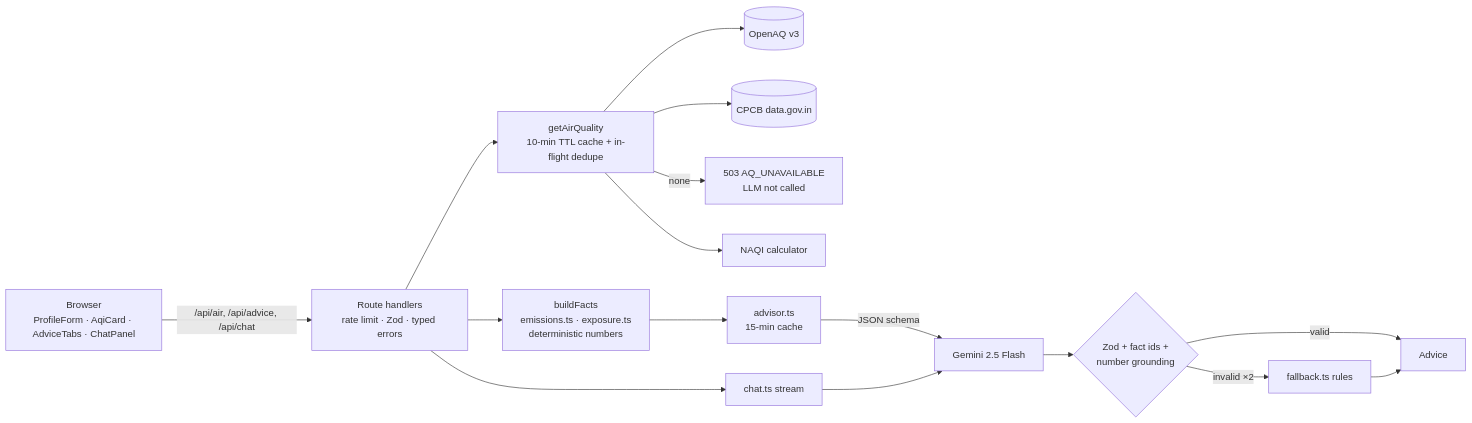
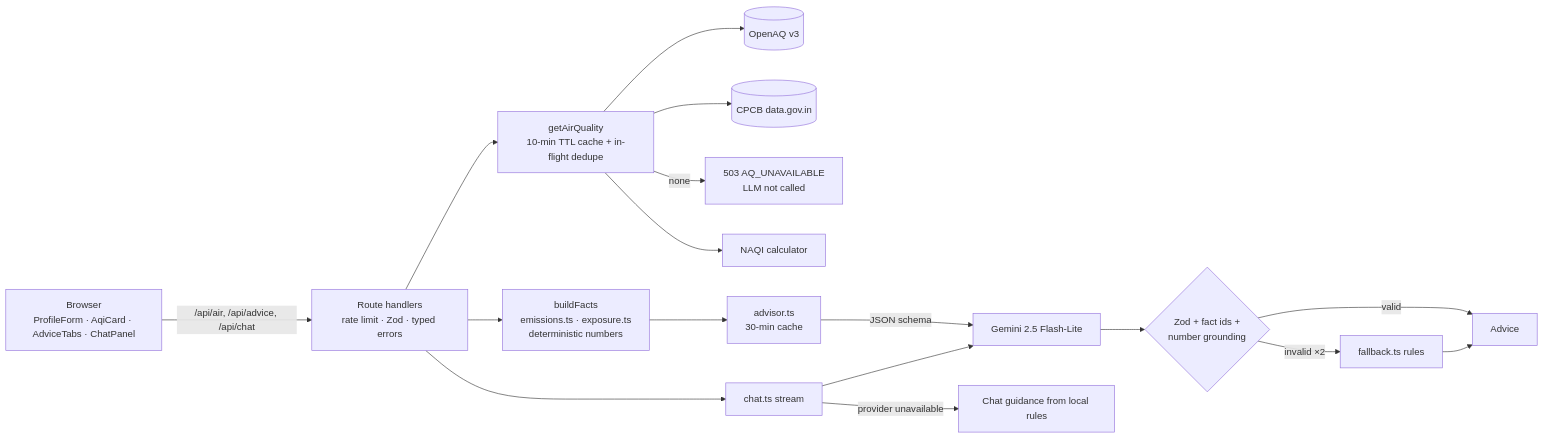
Before and after one commit to sohamsssssssssssssssss/Urban_air: the diagram in README.md, drawn with Mermaid. The commit also changed other lines of this file, not shown here.

````diff
--- a/README.md
+++ b/README.md
@@ -29,17 +29,18 @@
 ```mermaid
 flowchart LR
   U[Browser<br/>ProfileForm · AqiCard · AdviceTabs · ChatPanel] -->|/api/air, /api/advice, /api/chat| R[Route handlers<br/>rate limit · Zod · typed errors]
   R --> AQ[getAirQuality<br/>10-min TTL cache + in-flight dedupe]
   AQ --> OA[(OpenAQ v3)]
   AQ --> CP[(CPCB data.gov.in)]
   AQ -->|none| X[503 AQ_UNAVAILABLE<br/>LLM not called]
   AQ --> N[NAQI calculator]
   R --> F[buildFacts<br/>emissions.ts · exposure.ts<br/>deterministic numbers]
-  F --> ADV[advisor.ts<br/>15-min cache]
-  ADV -->|JSON schema| G[Gemini 2.5 Flash]
+  F --> ADV[advisor.ts<br/>30-min cache]
+  ADV -->|JSON schema| G[Gemini 2.5 Flash-Lite]
   G --> V{Zod + fact ids +<br/>number grounding}
   V -->|invalid ×2| FB[fallback.ts rules]
   V -->|valid| OUT[Advice]
   FB --> OUT
   R --> CH[chat.ts stream] --> G
+  CH -->|provider unavailable| RF[Chat guidance from local rules]
 ```
````
